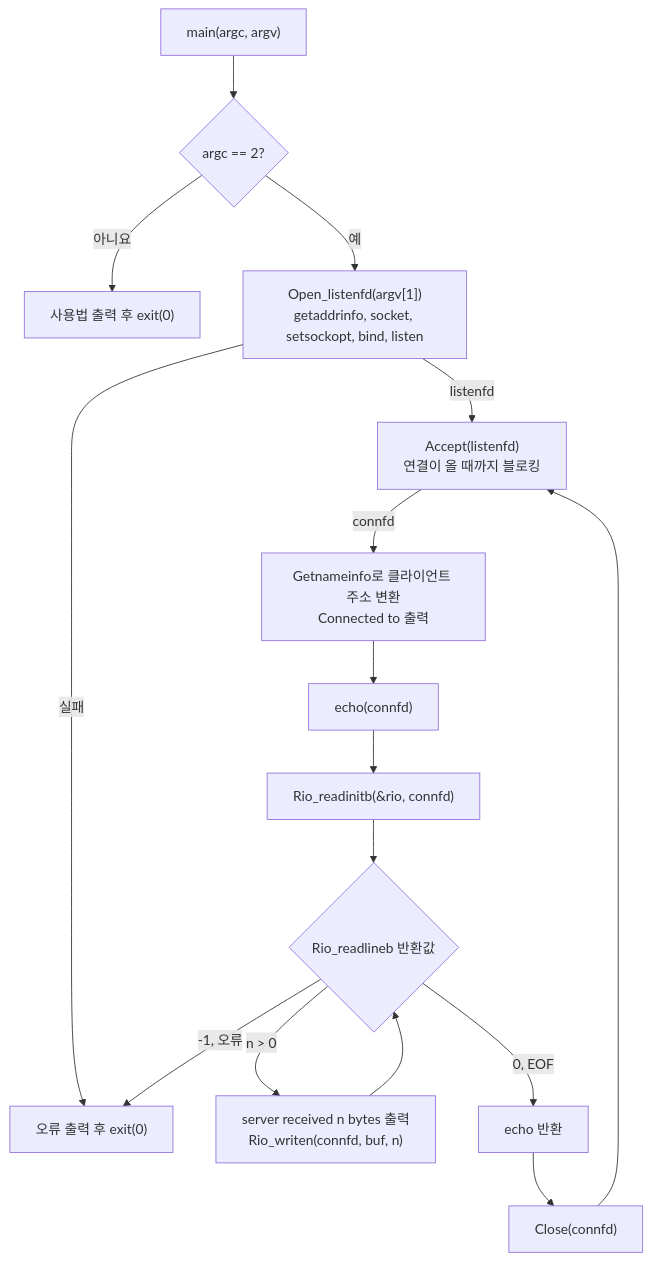
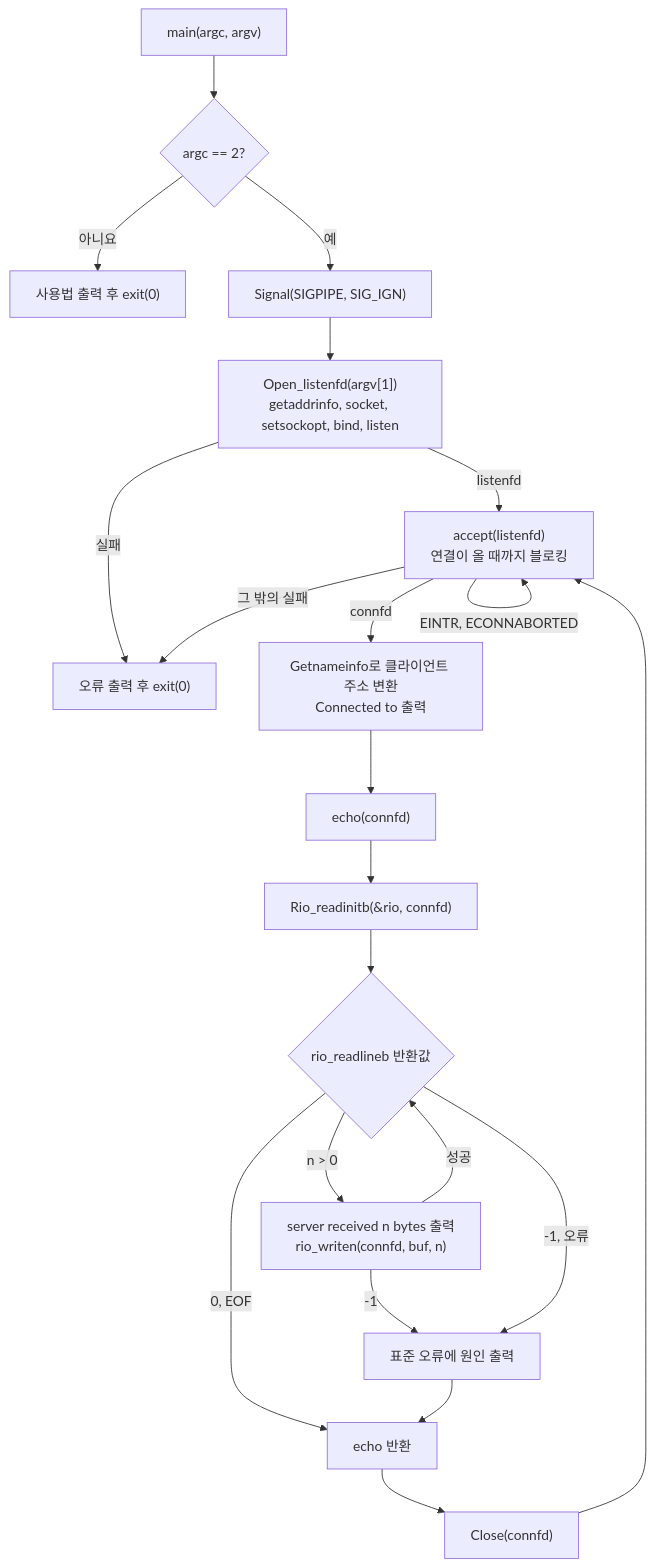
One commit to choimoohun/SW-AI-W13-Web-Server changed the first of 2 diagrams in docs/tcp-socket-server/design.md. Above: the diagram before and after it, drawn with Mermaid. The commit also changed other lines of this file and 3 other files, not shown here.

````diff
--- a/docs/tcp-socket-server/design.md
+++ b/docs/tcp-socket-server/design.md
@@ -54,18 +54,23 @@
 ```mermaid
 flowchart TD
     A["main(argc, argv)"] --> B{"argc == 2?"}
     B -->|"아니요"| U["사용법 출력 후 exit(0)"]
-    B -->|"예"| C["Open_listenfd(argv[1])<br/>getaddrinfo, socket, setsockopt, bind, listen"]
+    B -->|"예"| S["Signal(SIGPIPE, SIG_IGN)"]
+    S --> C["Open_listenfd(argv[1])<br/>getaddrinfo, socket, setsockopt, bind, listen"]
     C -->|"실패"| X["오류 출력 후 exit(0)"]
-    C -->|"listenfd"| D["Accept(listenfd)<br/>연결이 올 때까지 블로킹"]
+    C -->|"listenfd"| D["accept(listenfd)<br/>연결이 올 때까지 블로킹"]
+    D -->|"EINTR, ECONNABORTED"| D
+    D -->|"그 밖의 실패"| X
     D -->|"connfd"| E["Getnameinfo로 클라이언트 주소 변환<br/>Connected to 출력"]
     E --> F["echo(connfd)"]
     F --> G["Rio_readinitb(&rio, connfd)"]
-    G --> H{"Rio_readlineb 반환값"}
-    H -->|"n > 0"| I["server received n bytes 출력<br/>Rio_writen(connfd, buf, n)"]
-    I --> H
+    G --> H{"rio_readlineb 반환값"}
+    H -->|"n > 0"| I["server received n bytes 출력<br/>rio_writen(connfd, buf, n)"]
+    I -->|"성공"| H
+    I -->|"-1"| W["표준 오류에 원인 출력"]
+    H -->|"-1, 오류"| W
     H -->|"0, EOF"| J["echo 반환"]
+    W --> J
     J --> K["Close(connfd)"]
     K --> D
-    H -->|"-1, 오류"| X
 ```
````
